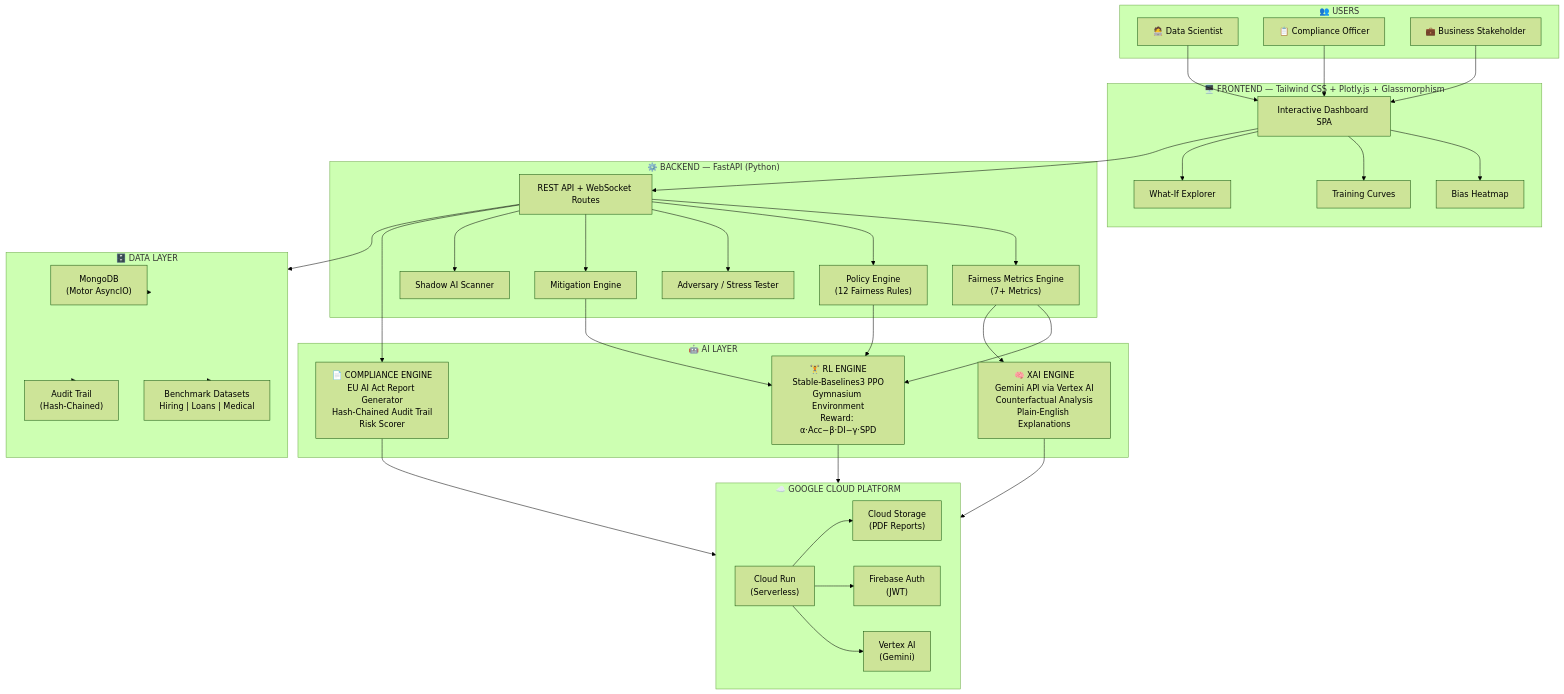
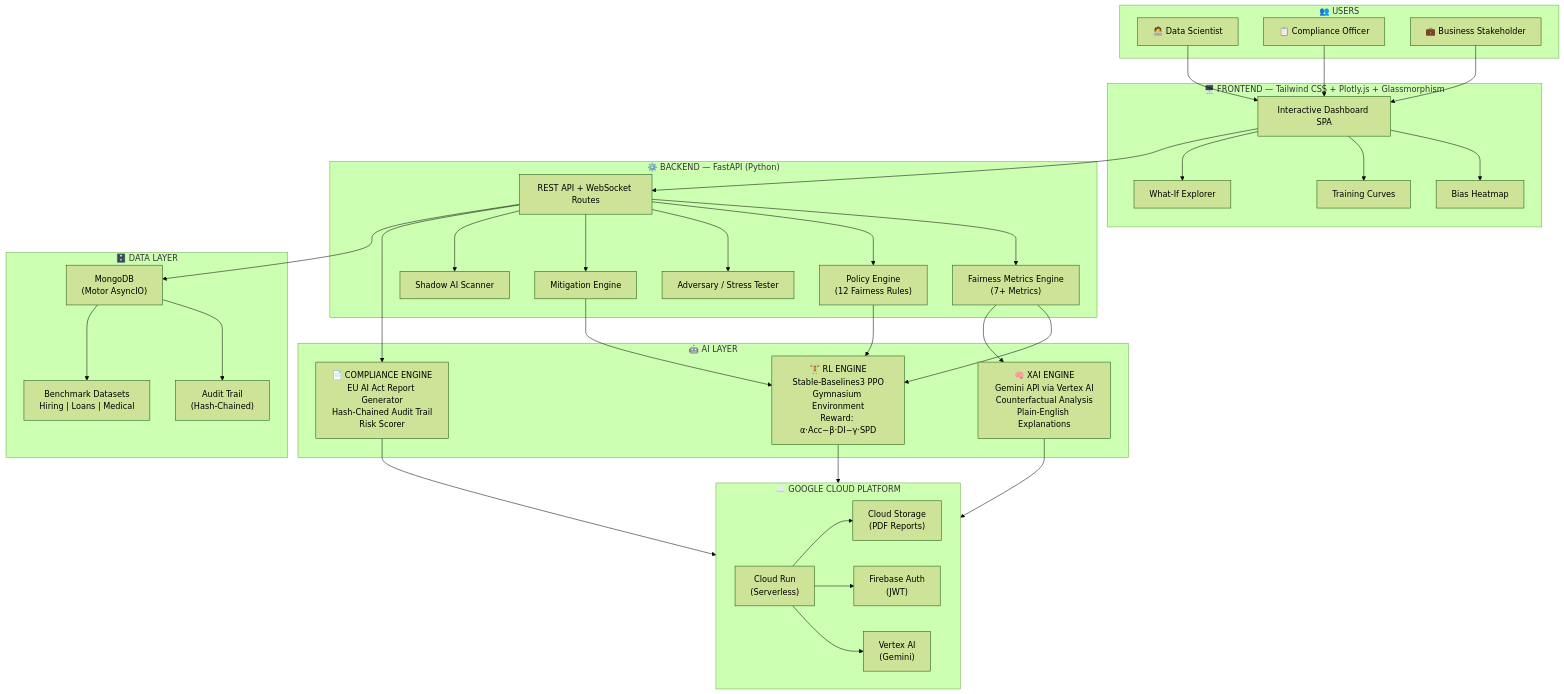
One commit to archirajpoot/GDP--Hackathon changed the diagram in README.md. Above: the diagram before and after it, drawn with Mermaid (forest theme). The commit also changed other lines of this file, not shown here.

Commit message:
Update README with new API and team leader info

````diff
--- a/README.md
+++ b/README.md
@@ -186,58 +186,59 @@
 ```mermaid
 graph TB
     subgraph Users ["👥 USERS"]
         DS["🧑‍💻 Data Scientist"]
         CO["📋 Compliance Officer"]
         BS["💼 Business Stakeholder"]
     end
 
     subgraph Frontend ["🖥️ FRONTEND — Tailwind CSS + Plotly.js + Glassmorphism"]
         UI["Interactive Dashboard SPA"]
         HM["Bias Heatmap"]
         TC["Training Curves"]
         WI["What-If Explorer"]
     end
 
     subgraph Backend ["⚙️ BACKEND — FastAPI (Python)"]
         API["REST API + WebSocket Routes"]
         FM["Fairness Metrics Engine\n(7+ Metrics)"]
         PE["Policy Engine\n(12 Fairness Rules)"]
         AD["Adversary / Stress Tester"]
         ME["Mitigation Engine"]
         SA["Shadow AI Scanner"]
     end
 
     subgraph AI ["🤖 AI LAYER"]
         RL["🏋️ RL ENGINE\nStable-Baselines3 PPO\nGymnasium Environment\nReward: α·Acc−β·DI−γ·SPD"]
         XAI["🧠 XAI ENGINE\nGemini API via Vertex AI\nCounterfactual Analysis\nPlain-English Explanations"]
         COMP["📄 COMPLIANCE ENGINE\nEU AI Act Report Generator\nHash-Chained Audit Trail\nRisk Scorer"]
     end
 
     subgraph GCP ["☁️ GOOGLE CLOUD PLATFORM"]
         CR["Cloud Run\n(Serverless)"]
         GCS["Cloud Storage\n(PDF Reports)"]
         FA["Firebase Auth\n(JWT)"]
         VA["Vertex AI\n(Gemini)"]
     end
 
     subgraph DB ["🗄️ DATA LAYER"]
         MDB["MongoDB\n(Motor AsyncIO)"]
         BDS["Benchmark Datasets\nHiring | Loans | Medical"]
         AT["Audit Trail\n(Hash-Chained)"]
     end
 
     DS & CO & BS --> UI
     UI --> HM & TC & WI
     UI --> API
     API --> FM & PE & AD & ME & SA
     FM & PE --> RL
     ME --> RL
     FM --> XAI
     API --> COMP
     RL & XAI & COMP --> GCP
     CR --> GCS
     CR --> FA
     CR --> VA
-    API --> DB
-    DB --> MDB & BDS & AT
+    API --> MDB
+    MDB --> AT
+    MDB --> BDS
 ```
````
